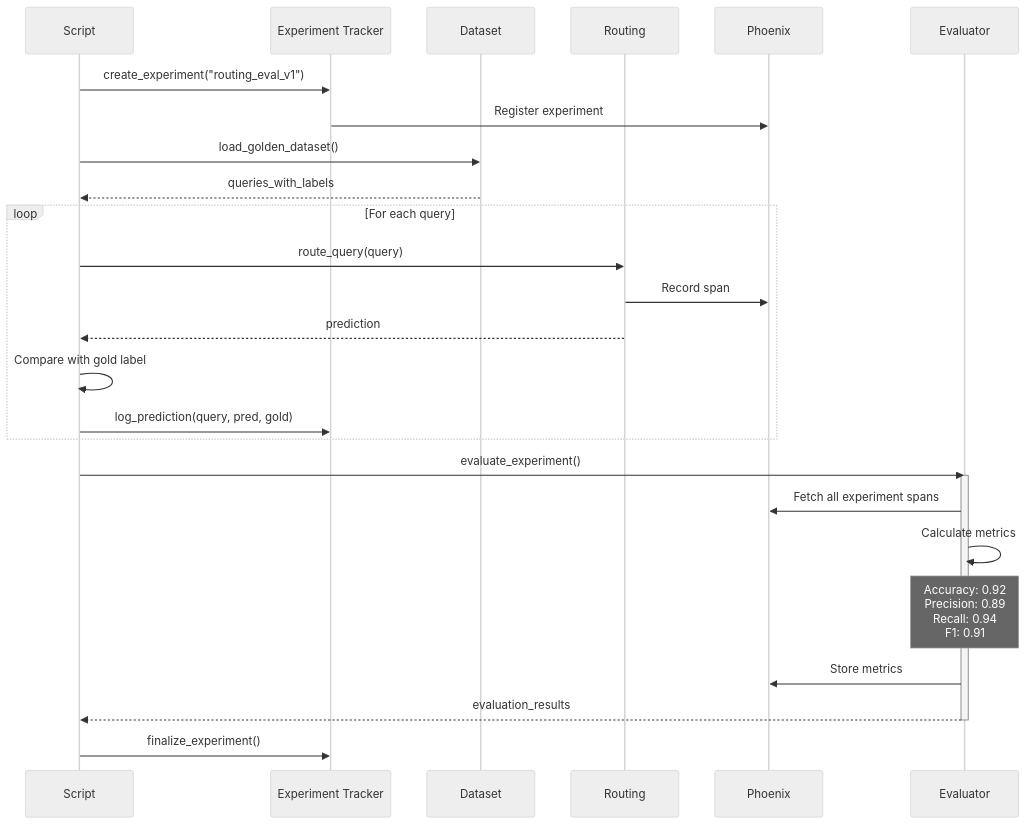
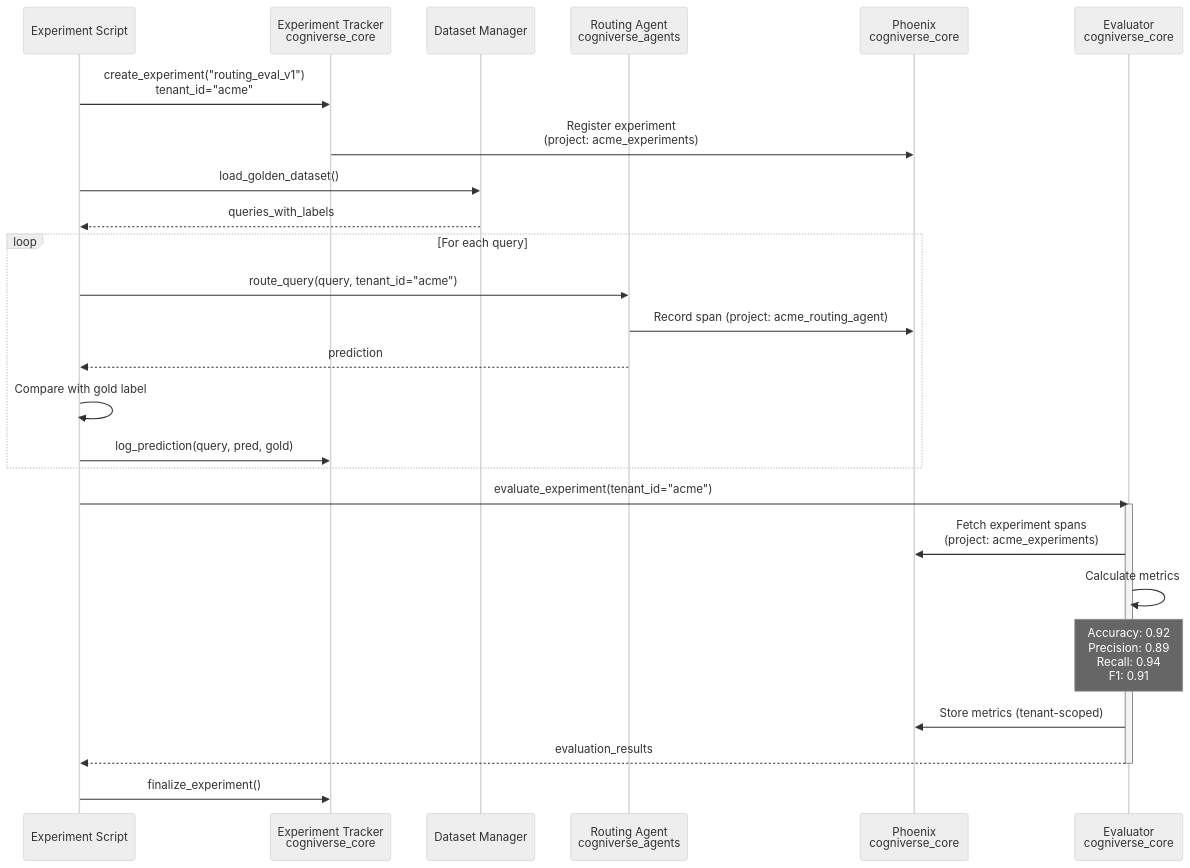
Diagram 15 of 25 in docs/architecture/system-flows.md (amit-jain/cogniverse), drawn with Mermaid (neutral theme) before and after one commit. The commit also changed other lines of this file and 25 other files, not shown here.

````diff
--- a/docs/architecture/system-flows.md
+++ b/docs/architecture/system-flows.md
@@ -441,36 +614,36 @@
 ```mermaid
 sequenceDiagram
-    participant Script
-    participant Tracker as Experiment Tracker
-    participant Dataset
-    participant Routing
-    participant Phoenix
-    participant Eval as Evaluator
+    participant Script as Experiment Script
+    participant Tracker as Experiment Tracker<br/>cogniverse_core
+    participant Dataset as Dataset Manager
+    participant Routing as Routing Agent<br/>cogniverse_agents
+    participant Phoenix as Phoenix<br/>cogniverse_core
+    participant Eval as Evaluator<br/>cogniverse_core
 
-    Script->>Tracker: create_experiment("routing_eval_v1")
-    Tracker->>Phoenix: Register experiment
+    Script->>Tracker: create_experiment("routing_eval_v1")<br/>tenant_id="acme"
+    Tracker->>Phoenix: Register experiment<br/>(project: acme_experiments)
 
     Script->>Dataset: load_golden_dataset()
     Dataset-->>Script: queries_with_labels
 
     loop For each query
-        Script->>Routing: route_query(query)
-        Routing->>Phoenix: Record span
+        Script->>Routing: route_query(query, tenant_id="acme")
+        Routing->>Phoenix: Record span (project: acme_routing_agent)
         Routing-->>Script: prediction
 
         Script->>Script: Compare with gold label
         Script->>Tracker: log_prediction(query, pred, gold)
     end
 
-    Script->>Eval: evaluate_experiment()
+    Script->>Eval: evaluate_experiment(tenant_id="acme")
 
     activate Eval
-    Eval->>Phoenix: Fetch all experiment spans
+    Eval->>Phoenix: Fetch experiment spans<br/>(project: acme_experiments)
     Eval->>Eval: Calculate metrics
     Note over Eval: Accuracy: 0.92<br/>Precision: 0.89<br/>Recall: 0.94<br/>F1: 0.91
-    Eval->>Phoenix: Store metrics
+    Eval->>Phoenix: Store metrics (tenant-scoped)
     Eval-->>Script: evaluation_results
     deactivate Eval
 
     Script->>Tracker: finalize_experiment()
 ```
````
